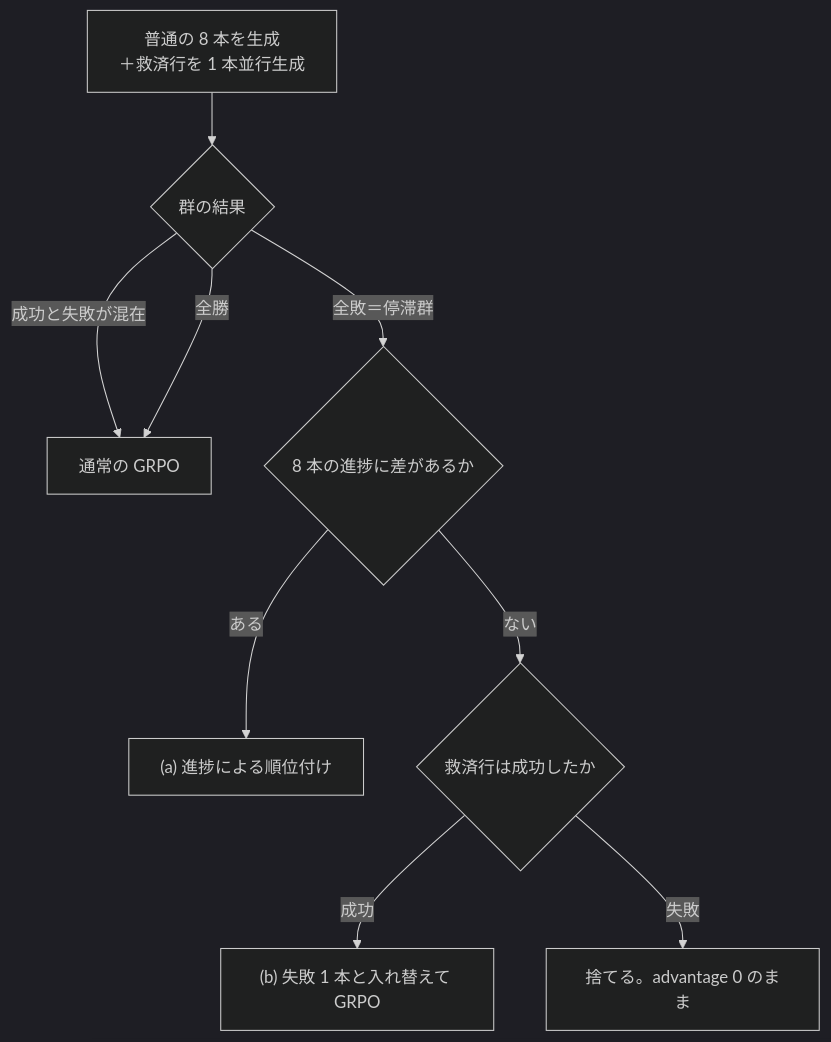
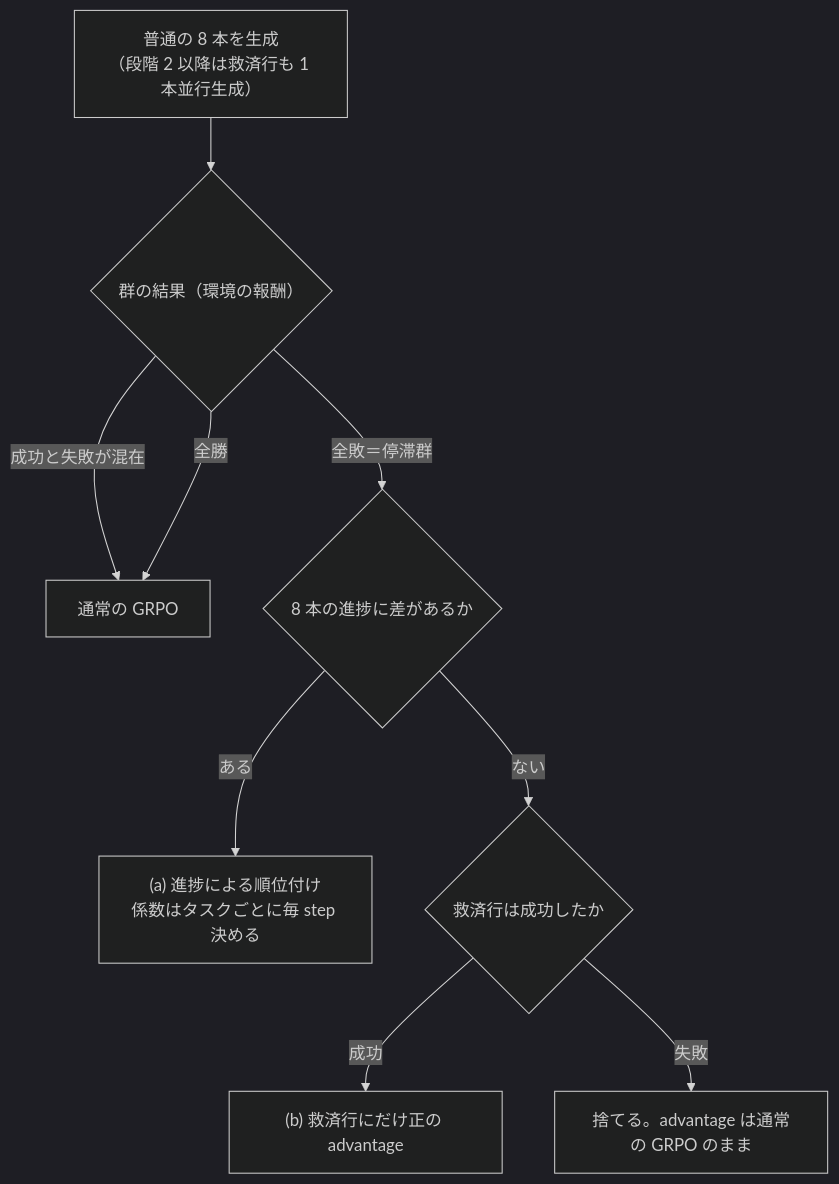
Before and after one commit to asayu255/SDAR: the diagram in docs/degenerate_group_rescue_proposal.md, drawn with Mermaid (dark theme). The commit also changed other lines of this file, not shown here.

First line of the commit message:
Proposal: (a) with a per-task coefficient from an EMA, and what step 25 measured

````diff
--- a/docs/degenerate_group_rescue_proposal.md
+++ b/docs/degenerate_group_rescue_proposal.md
@@ -20,11 +44,11 @@
 ```mermaid
 flowchart TD
-    A["普通の 8 本を生成<br/>＋救済行を 1 本並行生成"] --> B{"群の結果"}
+    A["普通の 8 本を生成<br/>（段階 2 以降は救済行も 1 本並行生成）"] --> B{"群の結果（環境の報酬）"}
     B -->|成功と失敗が混在| C["通常の GRPO"]
     B -->|全勝| C
     B -->|全敗＝停滞群| D{"8 本の進捗に差があるか"}
-    D -->|ある| E["(a) 進捗による順位付け"]
+    D -->|ある| E["(a) 進捗による順位付け<br/>係数はタスクごとに毎 step 決める"]
     D -->|ない| F{"救済行は成功したか"}
-    F -->|成功| G["(b) 失敗 1 本と入れ替えて GRPO"]
-    F -->|失敗| H["捨てる。advantage 0 のまま"]
+    F -->|成功| G["(b) 救済行にだけ正の advantage"]
+    F -->|失敗| H["捨てる。advantage は通常の GRPO のまま"]
 ```
````
